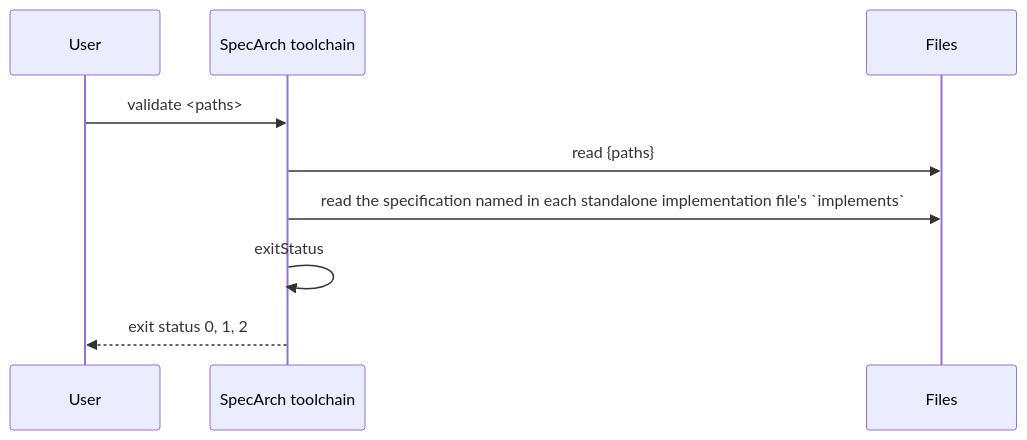
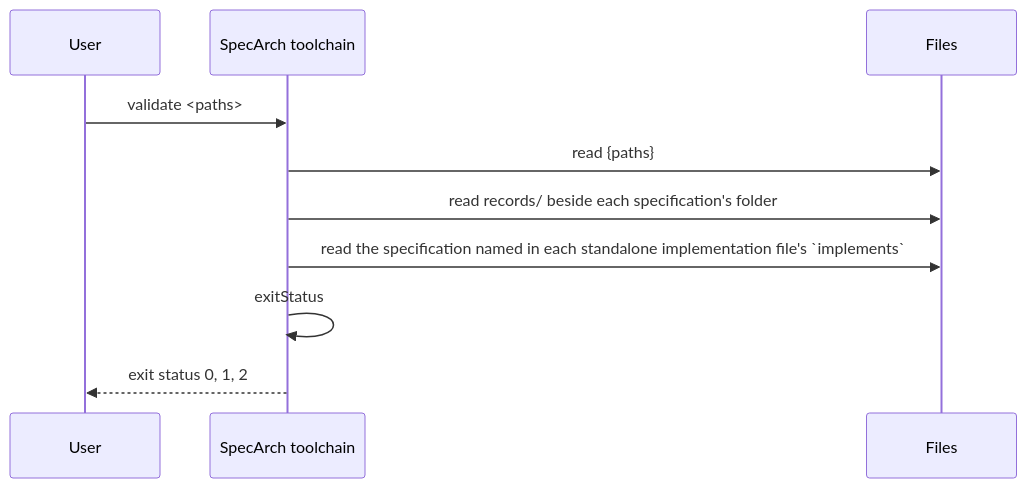
The seventh of 8 diagrams in docs/techspec.md (SpecArch/specarch), drawn with Mermaid before and after one commit. The commit also changed other lines of this file and 103 other files, not shown here.

````diff
--- a/docs/techspec.md
+++ b/docs/techspec.md
@@ -551,11 +560,12 @@
 ```mermaid
 sequenceDiagram
   participant U as User
   participant P as SpecArch toolchain
   participant F as Files
   U->>P: validate <paths>
   P->>F: read {paths}
+  P->>F: read records/ beside each specification's folder
   P->>F: read the specification named in each standalone implementation file's `implements`
   P->>P: exitStatus
   P-->>U: exit status 0, 1, 2
 ```
````
